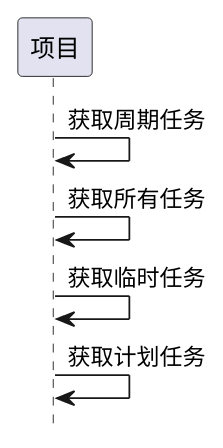
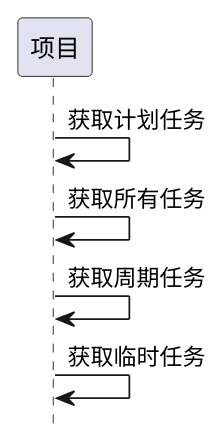
The fifth of 17 diagrams in ibizpms-docs/src/main/doc/v1/module/zentao/Project_old.md (zj335841911/nt_chandao), drawn with PlantUML before and after one commit. The commit also changed other lines of this file and 2125 other files, not shown here.

```diff
--- a/ibizpms-docs/src/main/doc/v1/module/zentao/Project_old.md
+++ b/ibizpms-docs/src/main/doc/v1/module/zentao/Project_old.md
@@ -331,8 +331,8 @@
 {% plantuml %}
 hide footbox
 
+项目 -> 项目: 获取计划任务
+项目 -> 项目: 获取所有任务
 项目 -> 项目: 获取周期任务
-项目 -> 项目: 获取所有任务
 项目 -> 项目: 获取临时任务
-项目 -> 项目: 获取计划任务
 {% endplantuml %}
```
